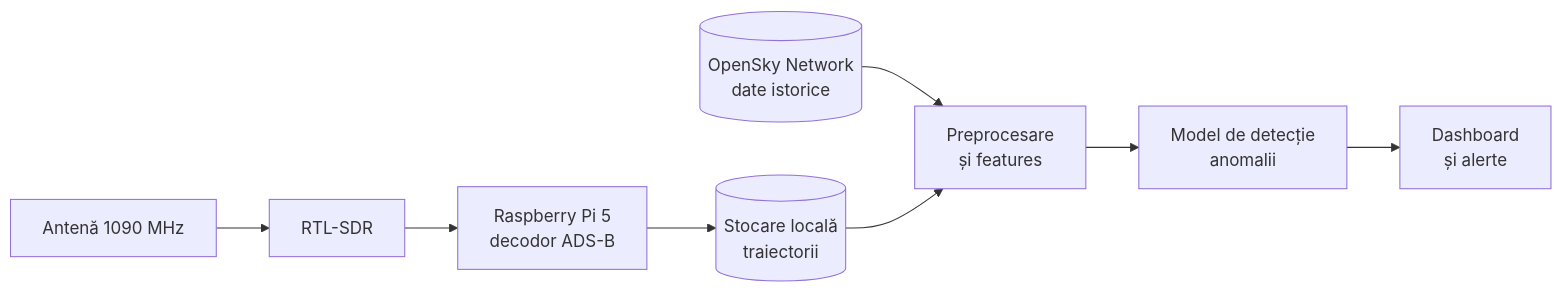
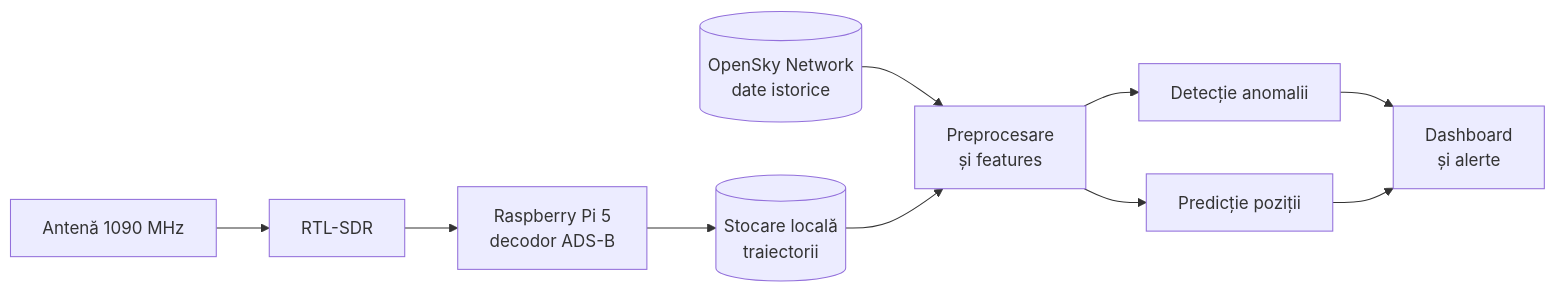
The diagram in README.md (infinite-alex/receptor-adsb-rpi5-detectie-ai), drawn with Mermaid before and after one commit. The commit also changed other lines of this file, not shown here.

````diff
--- a/README.md
+++ b/README.md
@@ -40,10 +41,12 @@
 ```mermaid
 flowchart LR
     A[Antenă 1090 MHz] --> B[RTL-SDR]
     B --> C[Raspberry Pi 5<br/>decodor ADS-B]
     C --> D[(Stocare locală<br/>traiectorii)]
     O[(OpenSky Network<br/>date istorice)] --> E[Preprocesare<br/>și features]
     D --> E
-    E --> F[Model de detecție<br/>anomalii]
+    E --> F[Detecție anomalii]
+    E --> P[Predicție poziții]
     F --> G[Dashboard<br/>și alerte]
+    P --> G
 ```
````
